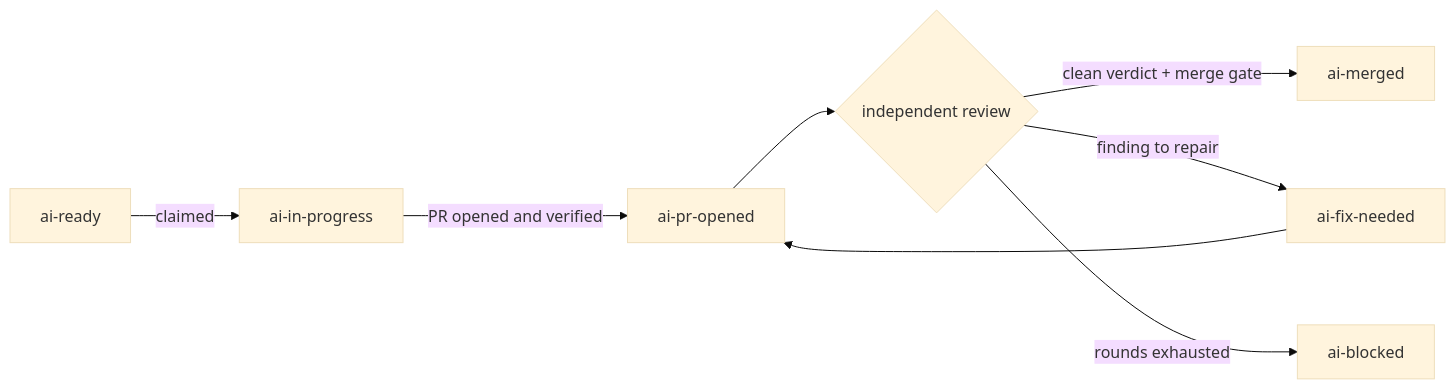
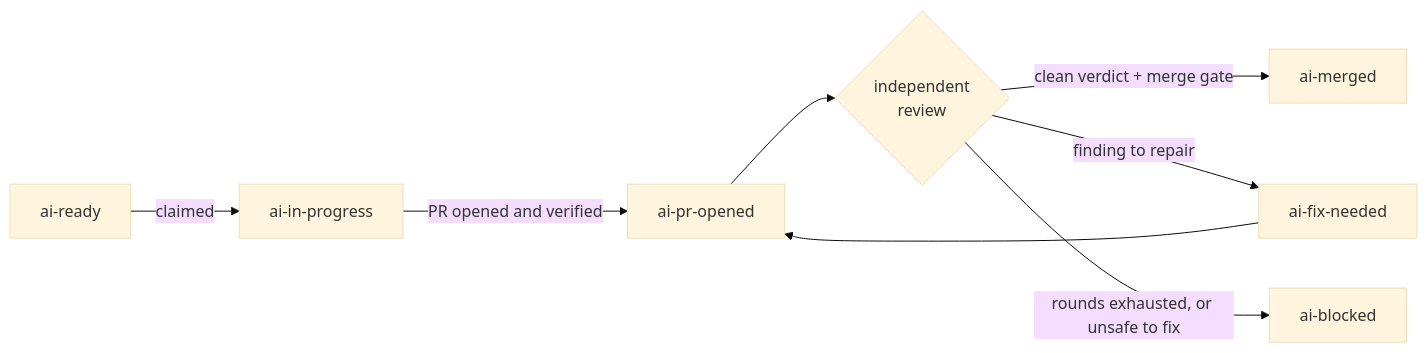
One commit to orbi-build/orbi-cloud-docs changed the diagram in delivery-lifecycle.mdx. Above: the diagram before and after it, drawn with Mermaid (base theme). The commit also changed other lines of this file and 33 other files, not shown here.

````diff
--- a/delivery-lifecycle.mdx
+++ b/delivery-lifecycle.mdx
@@ -13,10 +14,10 @@
 ```mermaid
 flowchart LR
   ready["ai-ready"] -->|claimed| progress["ai-in-progress"]
   progress -->|PR opened and verified| opened["ai-pr-opened"]
-  opened --> review{"independent review"}
+  opened --> review{"independent<br/>review"}
   review -->|clean verdict + merge gate| merged["ai-merged"]
   review -->|finding to repair| fix["ai-fix-needed"]
   fix --> opened
-  review -->|rounds exhausted| blocked["ai-blocked"]
+  review -->|rounds exhausted, or unsafe to fix| blocked["ai-blocked"]
 ```
````
